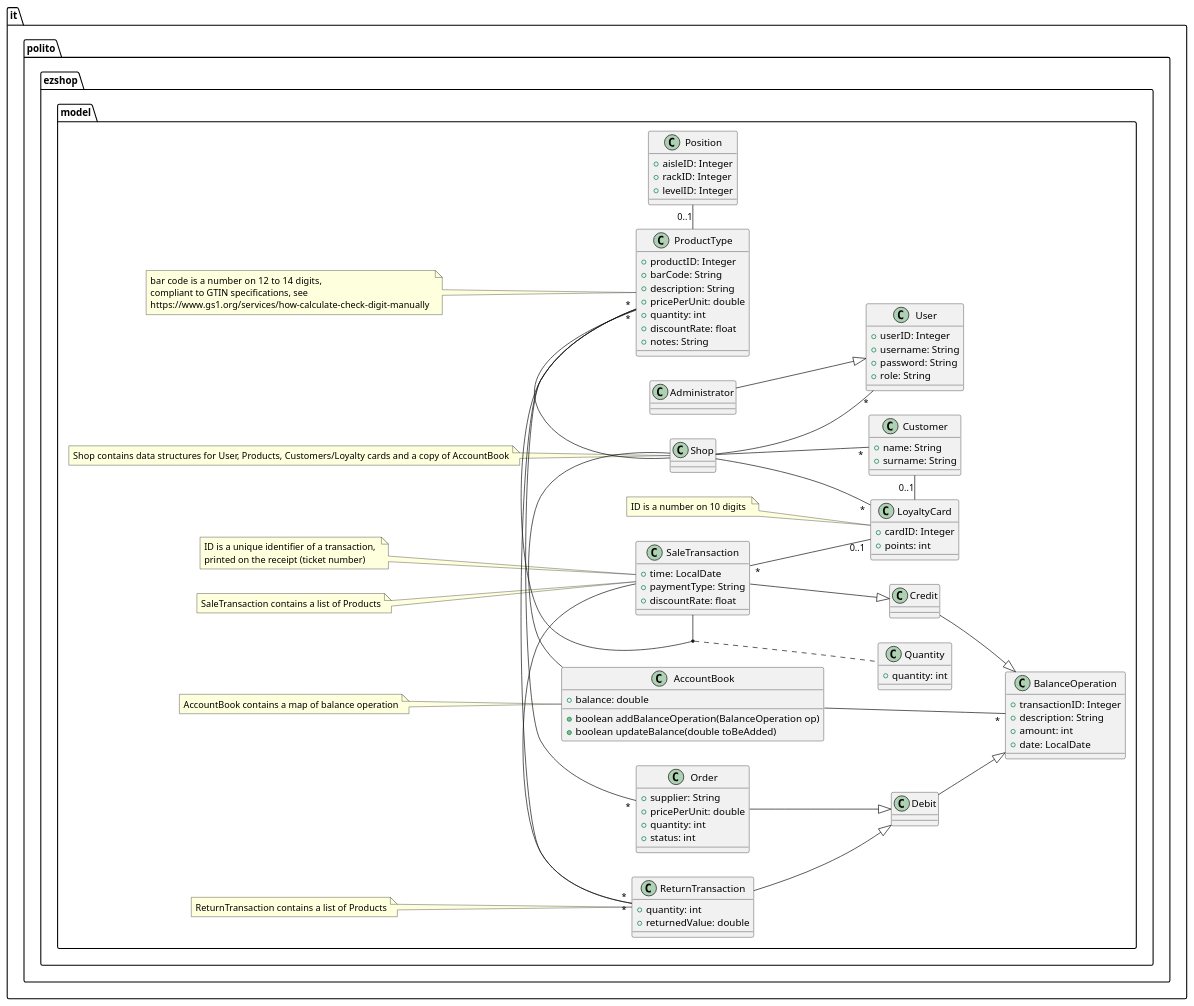
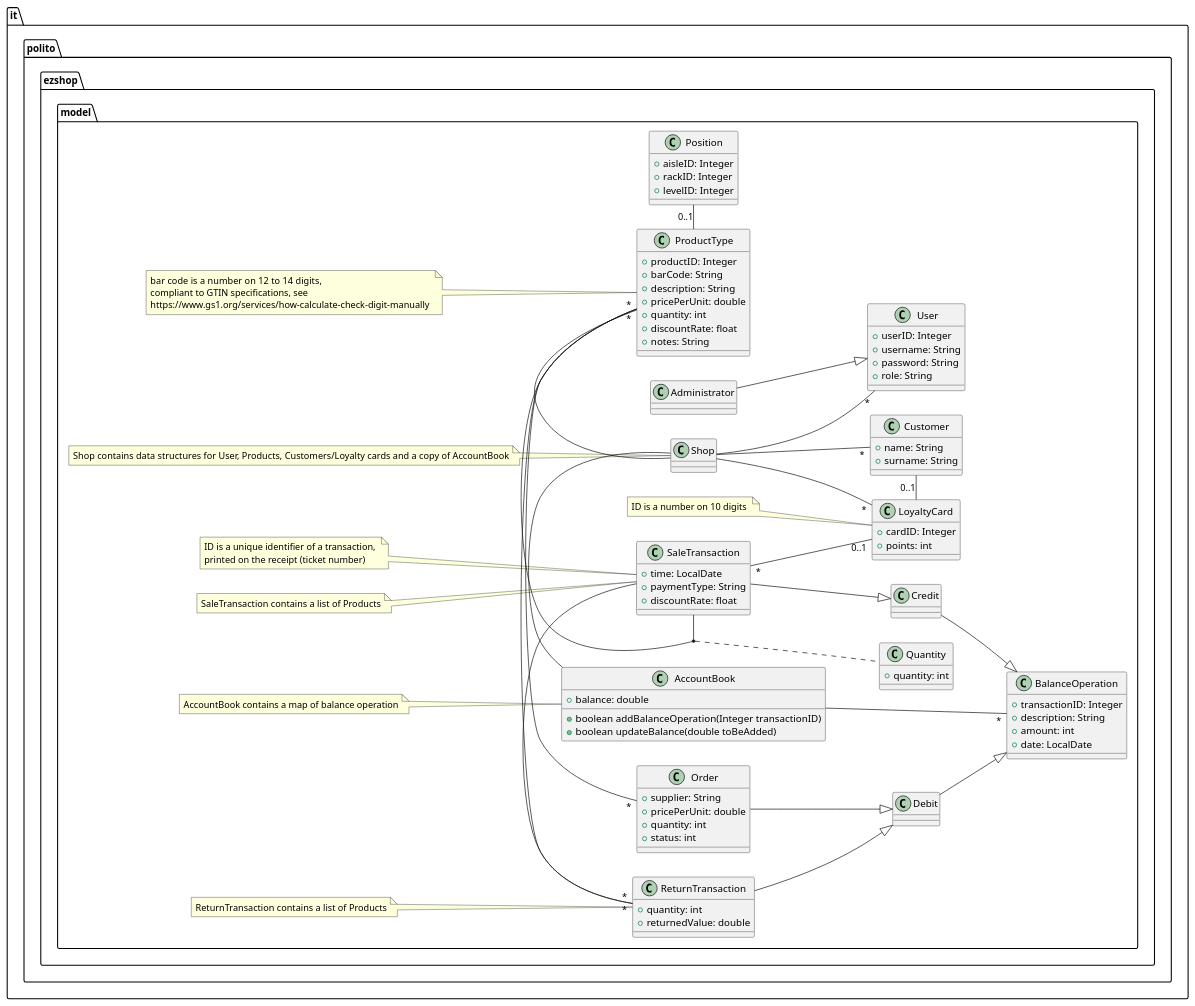
One commit to Stormz4/group20-EzShop changed the third of 19 diagrams in Deliverables/DesignDocument.md. Above: the diagram before and after it, drawn with PlantUML. The commit also changed other lines of this file, not shown here.

```diff
--- a/Deliverables/DesignDocument.md
+++ b/Deliverables/DesignDocument.md
@@ -172,7 +172,7 @@
 
 class AccountBook {
  +balance: double
- +boolean addBalanceOperation(BalanceOperation op)
+ +boolean addBalanceOperation(Integer transactionID)
  +boolean updateBalance(double toBeAdded)
 }
 AccountBook - Shop
```
